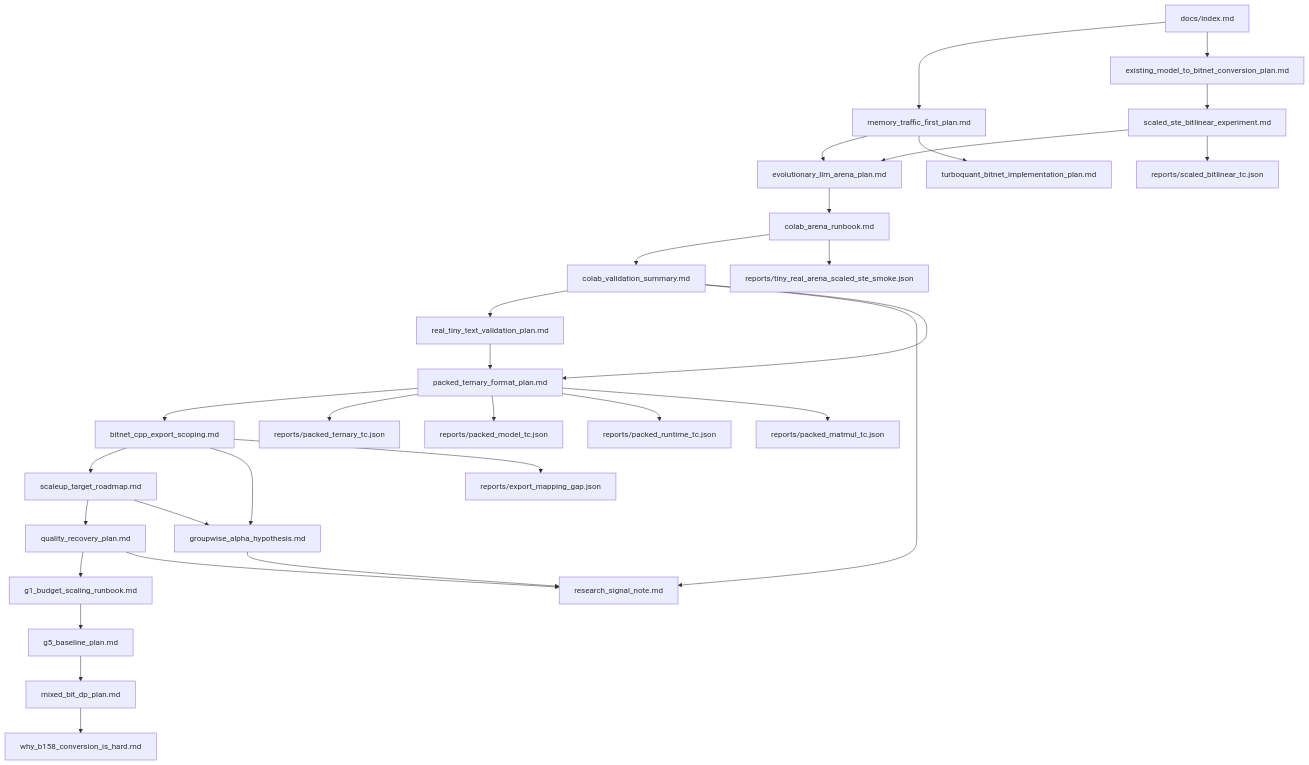
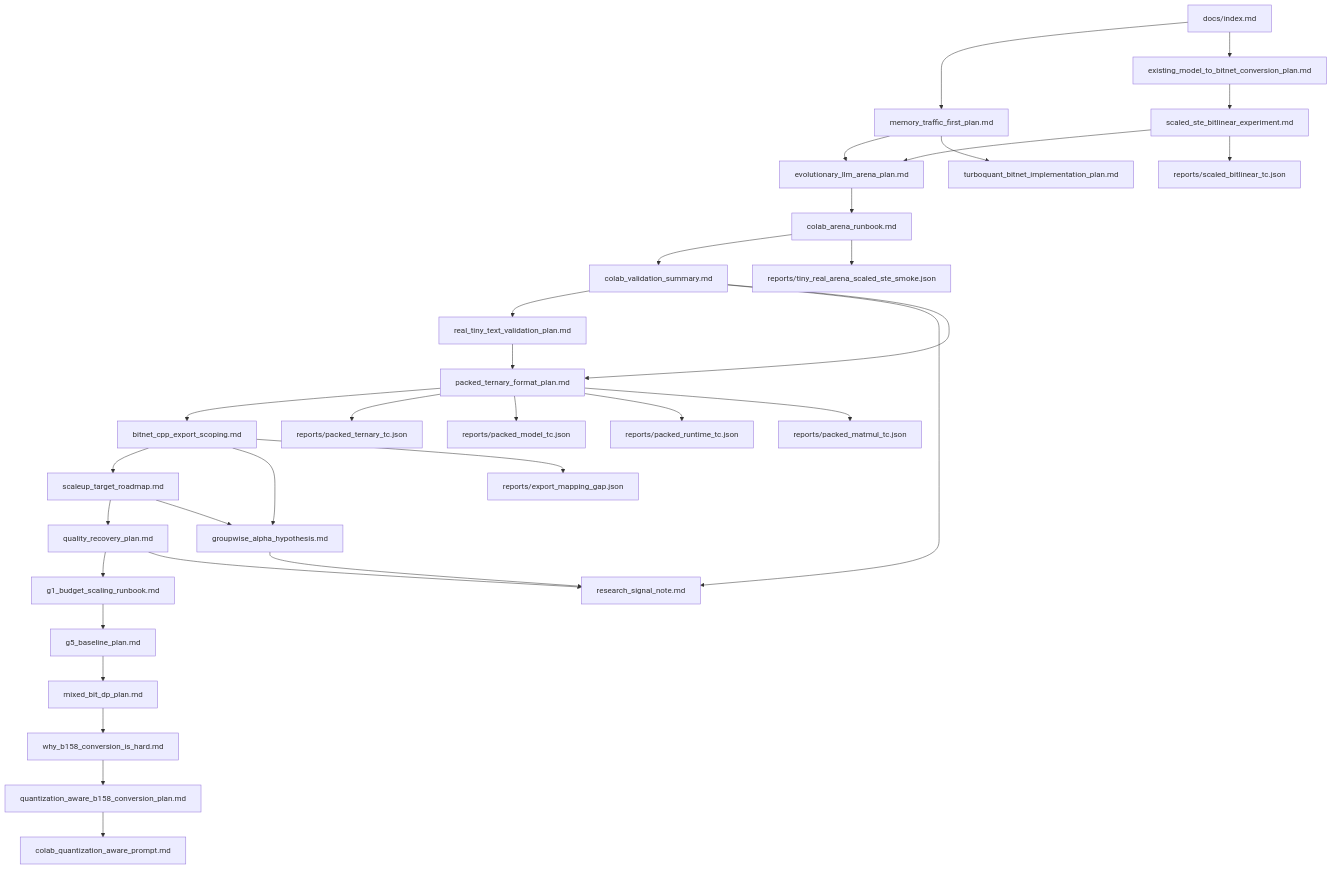
Before and after one commit to gtpk/BitNet-Transformers: the diagram in docs/index.md, drawn with Mermaid. The commit also changed other lines of this file and 5 other files, not shown here.

First line of the commit message:
Plan: quantization-aware b1.58 conversion track (RT-124..128)

````diff
--- a/docs/index.md
+++ b/docs/index.md
@@ -202,33 +212,35 @@
 ```mermaid
 flowchart TD
   A["docs/index.md"] --> B["memory_traffic_first_plan.md"]
   A --> C["existing_model_to_bitnet_conversion_plan.md"]
   C --> D["scaled_ste_bitlinear_experiment.md"]
   D --> E["evolutionary_llm_arena_plan.md"]
   E --> F["colab_arena_runbook.md"]
   F --> J["colab_validation_summary.md"]
   J --> K["real_tiny_text_validation_plan.md"]
   J --> L["research_signal_note.md"]
   J --> M["packed_ternary_format_plan.md"]
   K --> M["packed_ternary_format_plan.md"]
   M --> R["bitnet_cpp_export_scoping.md"]
   R --> U["scaleup_target_roadmap.md"]
   U --> V["quality_recovery_plan.md"]
   V --> W["g1_budget_scaling_runbook.md"]
   W --> X["g5_baseline_plan.md"]
   X --> Y["mixed_bit_dp_plan.md"]
   Y --> Z["why_b158_conversion_is_hard.md"]
+  Z --> QA["quantization_aware_b158_conversion_plan.md"]
+  QA --> QP["colab_quantization_aware_prompt.md"]
   R --> T["groupwise_alpha_hypothesis.md"]
   U --> T
   V --> L
   T --> L
   B --> E
   B --> G["turboquant_bitnet_implementation_plan.md"]
   F --> H["reports/tiny_real_arena_scaled_ste_smoke.json"]
   D --> I["reports/scaled_bitlinear_tc.json"]
   M --> N["reports/packed_ternary_tc.json"]
   M --> O["reports/packed_model_tc.json"]
   M --> P["reports/packed_runtime_tc.json"]
   M --> Q["reports/packed_matmul_tc.json"]
   R --> S["reports/export_mapping_gap.json"]
 ```
````
